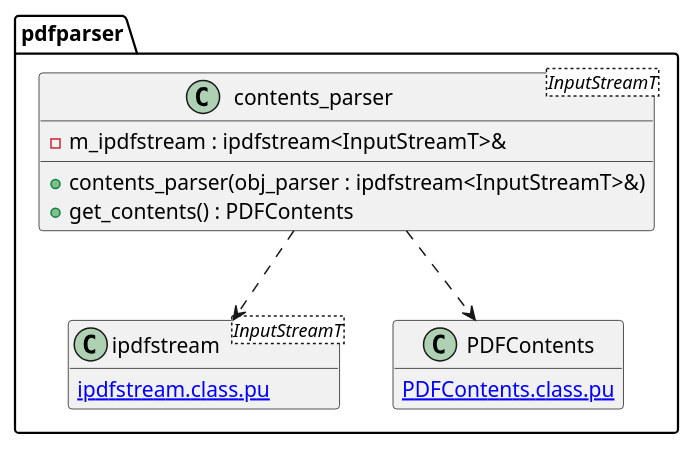
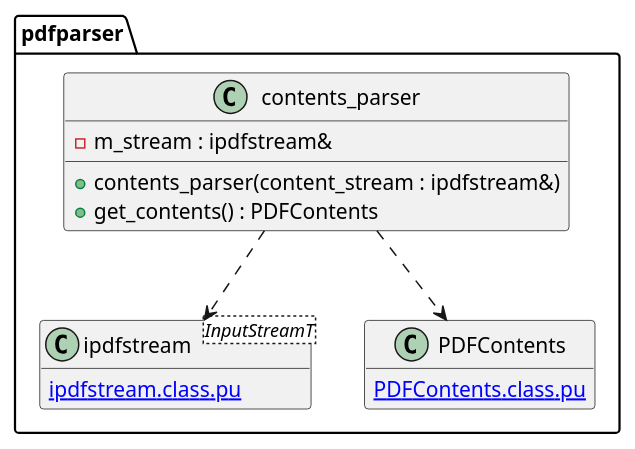
Before and after one commit to KodaiYM/PDFReader: the diagram in document/document_reader/page_tree_parser/page_parser/contents_parser/contents_parser.class.pu, drawn with PlantUML. The commit also changed 38 other files, not shown here.

```diff
--- a/document/document_reader/page_tree_parser/page_parser/contents_parser/contents_parser.class.pu
+++ b/document/document_reader/page_tree_parser/page_parser/contents_parser/contents_parser.class.pu
@@ -1,19 +1,19 @@
 @startuml contents_parser
 hide empty members
 namespace pdfparser {
-class contents_parser<InputStreamT> {
-	-m_ipdfstream : ipdfstream<InputStreamT>&
+class contents_parser {
+	-m_stream : ipdfstream&
 
-	+contents_parser(obj_parser : ipdfstream<InputStreamT>&)
+	+contents_parser(content_stream : ipdfstream&)
 	+get_contents() : PDFContents
 }
 contents_parser ..> ipdfstream
 contents_parser ..> PDFContents
 
 class ipdfstream<InputStreamT> {
 	[[ipdfstream.class.pu]]
 }
 class PDFContents {
 	[[PDFContents.class.pu]]
 }
 @enduml
```
